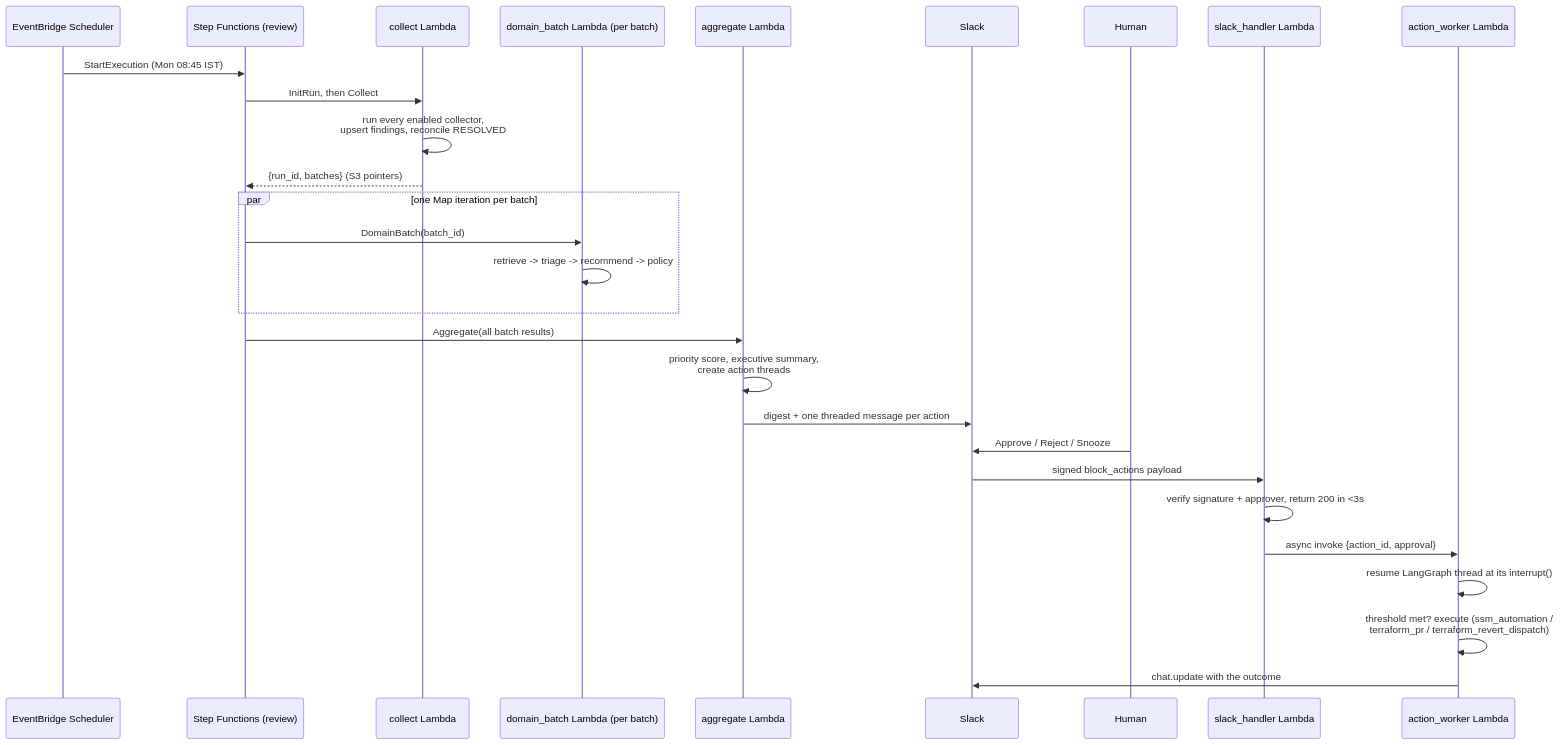
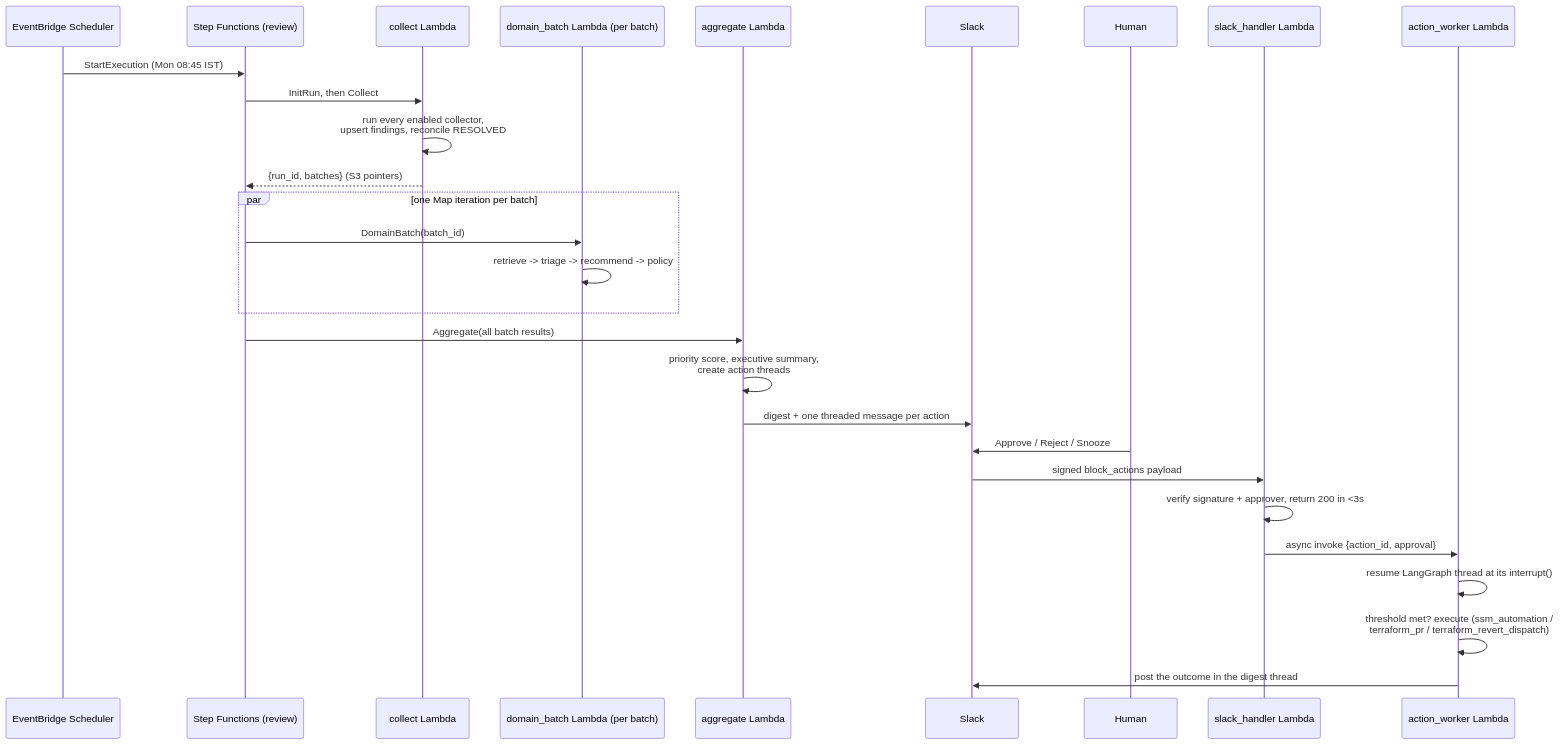
Before and after one commit to Abhiram-Rakesh/cloudops-agentic-orchestrator: the diagram in README.md, drawn with Mermaid. The commit also changed other lines of this file, not shown here.

First line of the commit message:
README: describe the Slack outcome message and the LLM cost limits as built

````diff
--- a/README.md
+++ b/README.md
@@ -122,31 +122,31 @@
 ```mermaid
 sequenceDiagram
     participant EB as EventBridge Scheduler
     participant SF as Step Functions (review)
     participant Collect as collect Lambda
     participant Batch as domain_batch Lambda (per batch)
     participant Agg as aggregate Lambda
     participant Slack
     participant Human
     participant SlackH as slack_handler Lambda
     participant Worker as action_worker Lambda
 
     EB->>SF: StartExecution (Mon 08:45 IST)
     SF->>Collect: InitRun, then Collect
     Collect->>Collect: run every enabled collector,<br/>upsert findings, reconcile RESOLVED
     Collect-->>SF: {run_id, batches} (S3 pointers)
     par one Map iteration per batch
         SF->>Batch: DomainBatch(batch_id)
         Batch->>Batch: retrieve -> triage -> recommend -> policy
     end
     SF->>Agg: Aggregate(all batch results)
     Agg->>Agg: priority score, executive summary,<br/>create action threads
     Agg->>Slack: digest + one threaded message per action
     Human->>Slack: Approve / Reject / Snooze
     Slack->>SlackH: signed block_actions payload
     SlackH->>SlackH: verify signature + approver, return 200 in <3s
     SlackH->>Worker: async invoke {action_id, approval}
     Worker->>Worker: resume LangGraph thread at its interrupt()
     Worker->>Worker: threshold met? execute (ssm_automation /<br/>terraform_pr / terraform_revert_dispatch)
-    Worker->>Slack: chat.update with the outcome
+    Worker->>Slack: post the outcome in the digest thread
 ```
````
